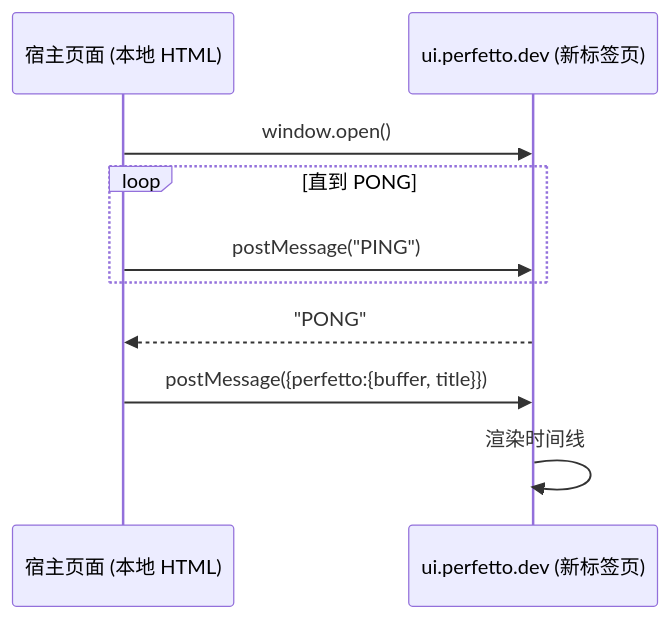
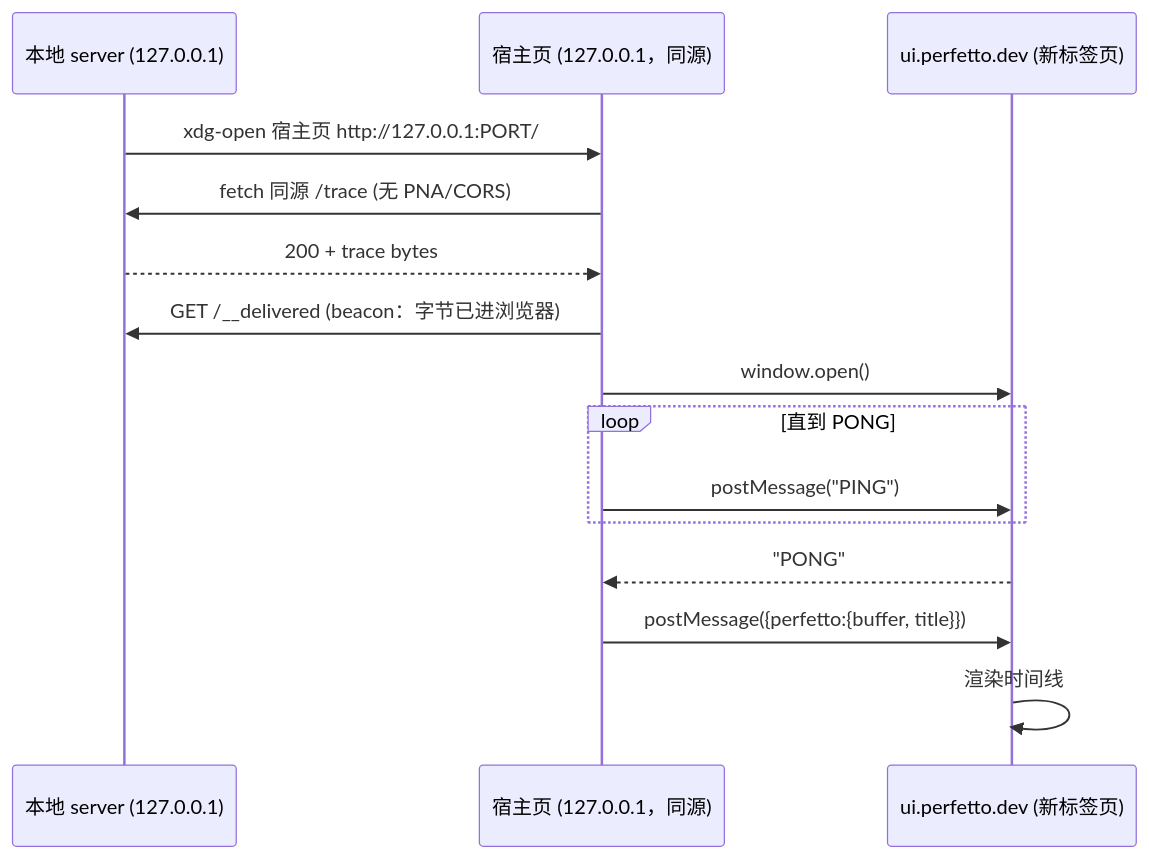
Before and after one commit to FASTSHIFT/cortrace: the third of 6 diagrams in docs/01-perfetto-live-bridge.md, drawn with Mermaid. The commit also changed other lines of this file and 1 other file, not shown here.

First line of the commit message:
feat: one-click Perfetto open via local host page and postMessage

````diff
--- a/docs/01-perfetto-live-bridge.md
+++ b/docs/01-perfetto-live-bridge.md
@@ -77,12 +90,17 @@
 ```mermaid
 sequenceDiagram
-    participant H as 宿主页面 (本地 HTML)
+    participant CLI as 本地 server (127.0.0.1)
+    participant H as 宿主页 (127.0.0.1，同源)
     participant UI as ui.perfetto.dev (新标签页)
+    CLI->>H: xdg-open 宿主页 http://127.0.0.1:PORT/
+    H->>CLI: fetch 同源 /trace  (无 PNA/CORS)
+    CLI-->>H: 200 + trace bytes
+    H->>CLI: GET /__delivered (beacon：字节已进浏览器)
     H->>UI: window.open()
     loop 直到 PONG
         H->>UI: postMessage("PING")
     end
     UI-->>H: "PONG"
     H->>UI: postMessage({perfetto:{buffer, title}})
     UI->>UI: 渲染时间线
 ```
````
